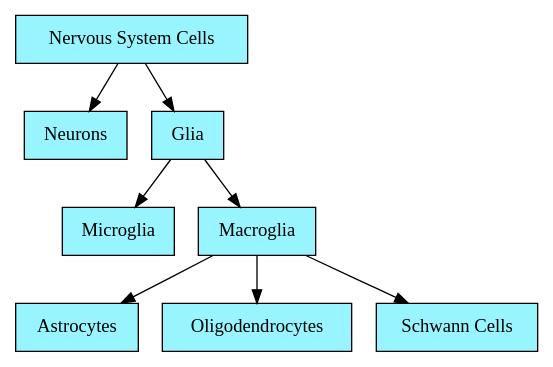
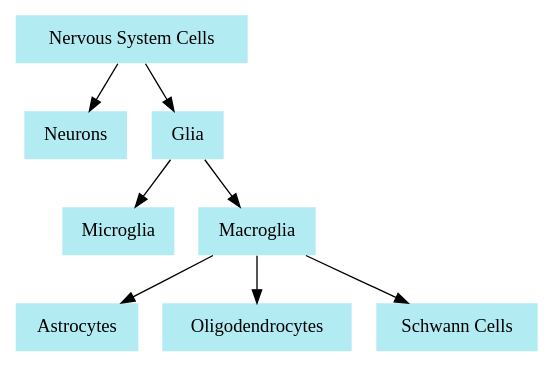
One commit to eudoxia0/eudoxia0.github.io changed the diagram in assets/content/effective-spaced-repetition/neuro.dot. Above: the diagram before and after it, drawn with Graphviz. The commit also changed 1 other file, not shown here.

Commit message:
clean up graph style

```diff
--- a/assets/content/effective-spaced-repetition/neuro.dot
+++ b/assets/content/effective-spaced-repetition/neuro.dot
@@ -1,20 +1,20 @@
 digraph G {
-    node[shape=rect style=filled fillcolor=cadetblue1]
+    node[shape=plaintext style=filled fillcolor="#b2ebf2"]
 
     nsc[label="Nervous System Cells"]
     ne[label="Neurons"]
     gl[label="Glia"]
     micro[label="Microglia"]
     macro[label="Macroglia"]
     astro[label="Astrocytes"]
     oligo[label="Oligodendrocytes"]
     schwann[label="Schwann Cells"]
 
     nsc -> ne
     nsc -> gl
     gl -> micro
     gl -> macro
     macro -> astro
     macro -> oligo
     macro -> schwann
 }
```
